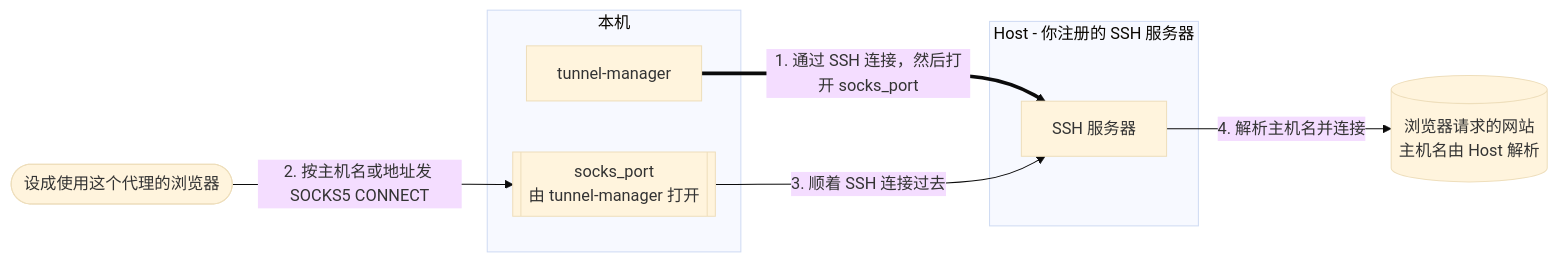
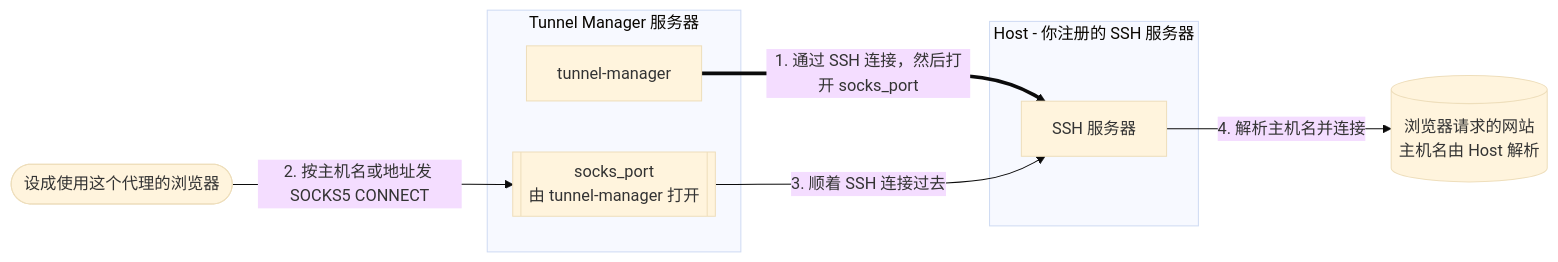
The third of 4 diagrams in docs/reference.zh.md (jollaman999/tunnel-manager), drawn with Mermaid (base theme) before and after one commit. The commit also changed other lines of this file and 7 other files, not shown here.

Commit message:
docs: Call it the Tunnel Manager server and a jump host

````diff
--- a/docs/reference.zh.md
+++ b/docs/reference.zh.md
@@ -408,17 +408,17 @@
 ```mermaid
 flowchart LR
     browser(["设成使用这个代理的浏览器"])
-    subgraph here ["本机"]
+    subgraph here ["Tunnel Manager 服务器"]
         port[["socks_port<br/>由 tunnel-manager 打开"]]
         tm["tunnel-manager"]
     end
     subgraph host ["Host - 你注册的 SSH 服务器"]
         sshd["SSH 服务器"]
     end
     target[("浏览器请求的网站<br/>主机名由 Host 解析")]
 
     tm ==>|"1. 通过 SSH 连接，然后打开 socks_port"| sshd
     browser -->|"2. 按主机名或地址发 SOCKS5 CONNECT"| port
     port -->|"3. 顺着 SSH 连接过去"| sshd
     sshd -->|"4. 解析主机名并连接"| target
 ```
````
